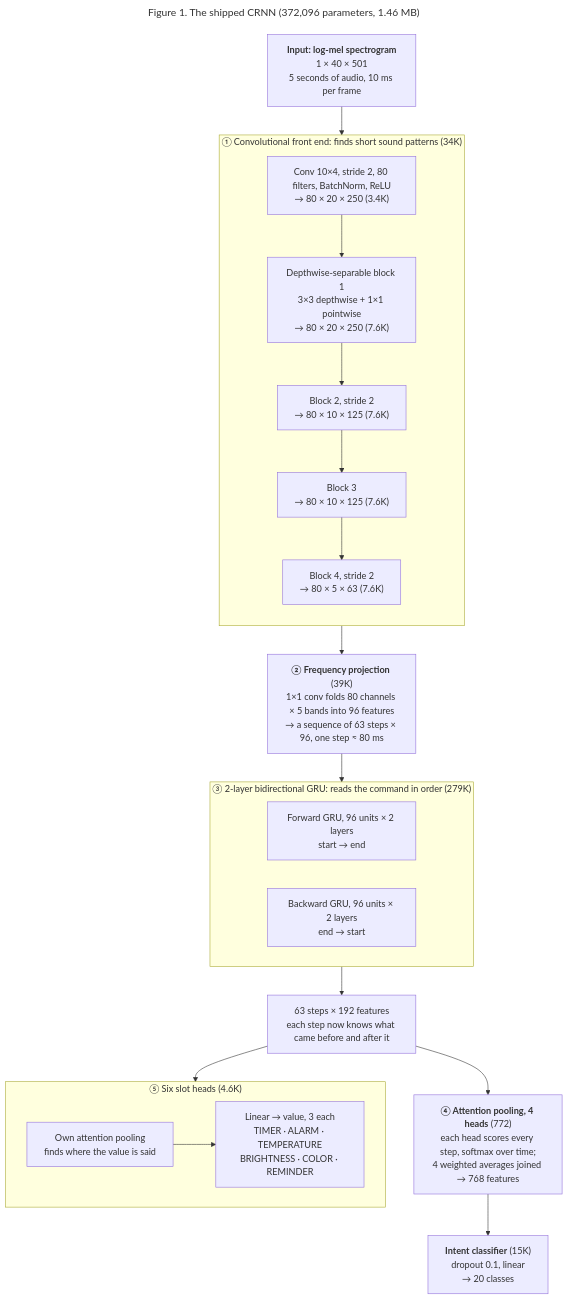
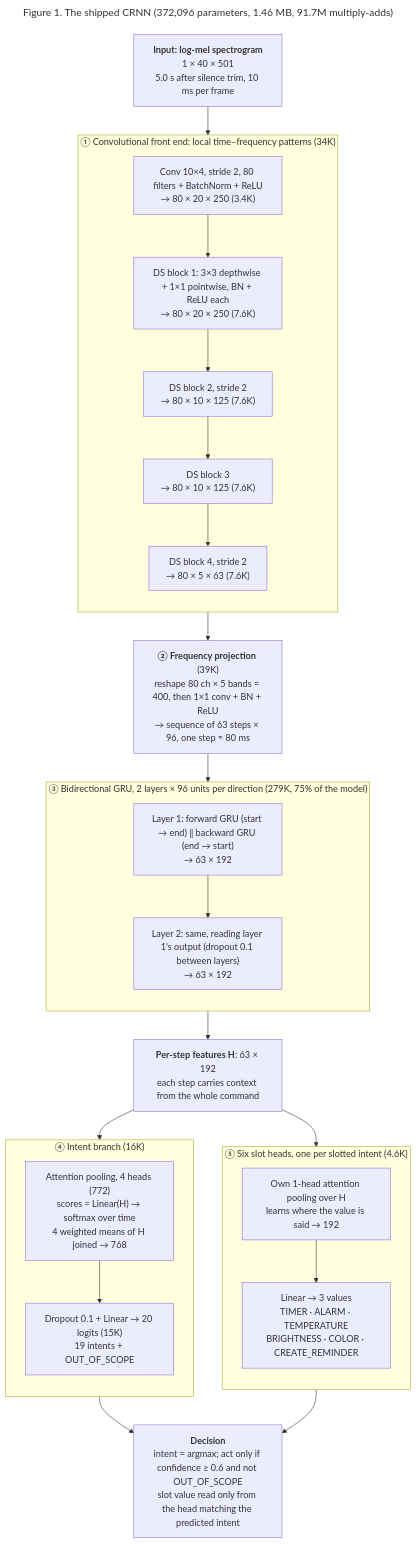
The first of 7 diagrams in docs/MODEL.md (quielq/quielq-vcm), drawn with Mermaid before and after one commit. The commit also changed other lines of this file and 3 other files, not shown here.

````diff
--- a/docs/MODEL.md
+++ b/docs/MODEL.md
@@ -79,41 +79,50 @@
 ```mermaid
 ---
-title: Figure 1. The shipped CRNN (372,096 parameters, 1.46 MB)
+title: Figure 1. The shipped CRNN (372,096 parameters, 1.46 MB, 91.7M multiply-adds)
 ---
 flowchart TB
-    IN["<b>Input: log-mel spectrogram</b><br/>1 × 40 × 501<br/>5 seconds of audio, 10 ms per frame"]
+    IN["<b>Input: log-mel spectrogram</b><br/>1 × 40 × 501<br/>5.0 s after silence trim, 10 ms per frame"]
 
-    subgraph CNN["① Convolutional front end: finds short sound patterns (34K)"]
+    subgraph CNN["① Convolutional front end: local time–frequency patterns (34K)"]
         direction TB
-        C1["Conv 10×4, stride 2, 80 filters, BatchNorm, ReLU<br/>→ 80 × 20 × 250 (3.4K)"]
-        D1["Depthwise-separable block 1<br/>3×3 depthwise + 1×1 pointwise<br/>→ 80 × 20 × 250 (7.6K)"]
-        D2["Block 2, stride 2<br/>→ 80 × 10 × 125 (7.6K)"]
-        D3["Block 3<br/>→ 80 × 10 × 125 (7.6K)"]
-        D4["Block 4, stride 2<br/>→ 80 × 5 × 63 (7.6K)"]
+        C1["Conv 10×4, stride 2, 80 filters + BatchNorm + ReLU<br/>→ 80 × 20 × 250 (3.4K)"]
+        D1["DS block 1: 3×3 depthwise + 1×1 pointwise, BN + ReLU each<br/>→ 80 × 20 × 250 (7.6K)"]
+        D2["DS block 2, stride 2<br/>→ 80 × 10 × 125 (7.6K)"]
+        D3["DS block 3<br/>→ 80 × 10 × 125 (7.6K)"]
+        D4["DS block 4, stride 2<br/>→ 80 × 5 × 63 (7.6K)"]
         C1 --> D1 --> D2 --> D3 --> D4
     end
 
-    P["<b>② Frequency projection</b> (39K)<br/>1×1 conv folds 80 channels × 5 bands into 96 features<br/>→ a sequence of 63 steps × 96, one step ≈ 80 ms"]
+    P["<b>② Frequency projection</b> (39K)<br/>reshape 80 ch × 5 bands = 400, then 1×1 conv + BN + ReLU<br/>→ sequence of 63 steps × 96, one step ≈ 80 ms"]
 
-    subgraph RNN["③ 2-layer bidirectional GRU: reads the command in order (279K)"]
-        direction LR
-        F["Forward GRU, 96 units × 2 layers<br/>start → end"]
-        B["Backward GRU, 96 units × 2 layers<br/>end → start"]
+    subgraph RNN["③ Bidirectional GRU, 2 layers × 96 units per direction (279K, 75% of the model)"]
+        direction TB
+        G1["Layer 1: forward GRU (start → end) ‖ backward GRU (end → start)<br/>→ 63 × 192"]
+        G2["Layer 2: same, reading layer 1's output (dropout 0.1 between layers)<br/>→ 63 × 192"]
+        G1 --> G2
     end
 
-    S["63 steps × 192 features<br/>each step now knows what came before and after it"]
+    S["<b>Per-step features H</b>: 63 × 192<br/>each step carries context from the whole command"]
 
-    A["<b>④ Attention pooling, 4 heads</b> (772)<br/>each head scores every step, softmax over time;<br/>4 weighted averages joined → 768 features"]
-    I["<b>Intent classifier</b> (15K)<br/>dropout 0.1, linear<br/>→ 20 classes"]
+    subgraph INTENT["④ Intent branch (16K)"]
+        direction TB
+        A["Attention pooling, 4 heads (772)<br/>scores = Linear(H) → softmax over time<br/>4 weighted means of H joined → 768"]
+        I["Dropout 0.1 + Linear → 20 logits (15K)<br/>19 intents + OUT_OF_SCOPE"]
+        A --> I
+    end
 
-    subgraph SLOTS["⑤ Six slot heads (4.6K)"]
-        direction LR
-        SA["Own attention pooling<br/>finds where the value is said"]
-        SC["Linear → value, 3 each<br/>TIMER · ALARM · TEMPERATURE<br/>BRIGHTNESS · COLOR · REMINDER"]
+    subgraph SLOTS["⑤ Six slot heads, one per slotted intent (4.6K)"]
+        direction TB
+        SA["Own 1-head attention pooling over H<br/>learns where the value is said → 192"]
+        SC["Linear → 3 values<br/>TIMER · ALARM · TEMPERATURE<br/>BRIGHTNESS · COLOR · CREATE_REMINDER"]
         SA --> SC
     end
 
+    OUT["<b>Decision</b><br/>intent = argmax; act only if confidence ≥ 0.6 and not OUT_OF_SCOPE<br/>slot value read only from the head matching the predicted intent"]
+
     IN --> CNN --> P --> RNN --> S
-    S --> A --> I
+    S --> INTENT
     S --> SLOTS
+    INTENT --> OUT
+    SLOTS --> OUT
 ```
````
